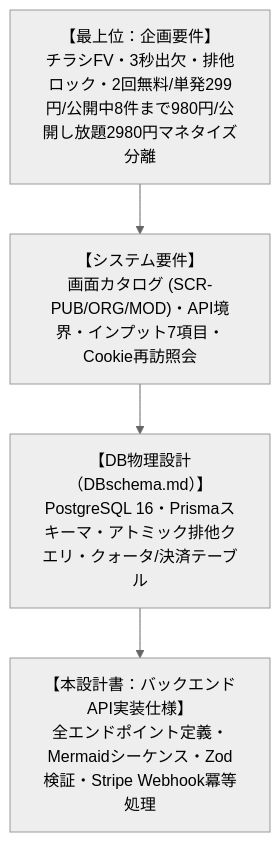
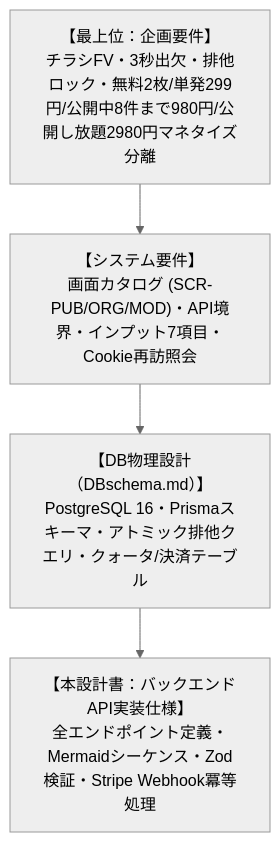
One commit to HirofumiSato/EventKreater changed the first of 9 diagrams in docs/backend_api_implementation_spec.md. Above: the diagram before and after it, drawn with Mermaid (neutral theme). The commit also changed other lines of this file and 105 other files, not shown here.

````diff
--- a/docs/backend_api_implementation_spec.md
+++ b/docs/backend_api_implementation_spec.md
@@ -9,10 +9,10 @@
 ```mermaid
 flowchart TD
-    A["【最上位：企画要件】<br>チラシFV・3秒出欠・排他ロック・2回無料/単発299円/公開中8件まで980円/公開し放題2980円マネタイズ分離"]
+    A["【最上位：企画要件】<br>チラシFV・3秒出欠・排他ロック・無料2枚/単発299円/公開中8件まで980円/公開し放題2980円マネタイズ分離"]
     B["【システム要件】<br>画面カタログ (SCR-PUB/ORG/MOD)・API境界・インプット7項目・Cookie再訪照会"]
     C["【DB物理設計（DBschema.md）】<br>PostgreSQL 16・Prismaスキーマ・アトミック排他クエリ・クォータ/決済テーブル"]
     D["【本設計書：バックエンドAPI実装仕様】<br>全エンドポイント定義・Mermaidシーケンス・Zod検証・Stripe Webhook冪等処理"]
     A --> B
     B --> C
     C --> D
 ```
````
